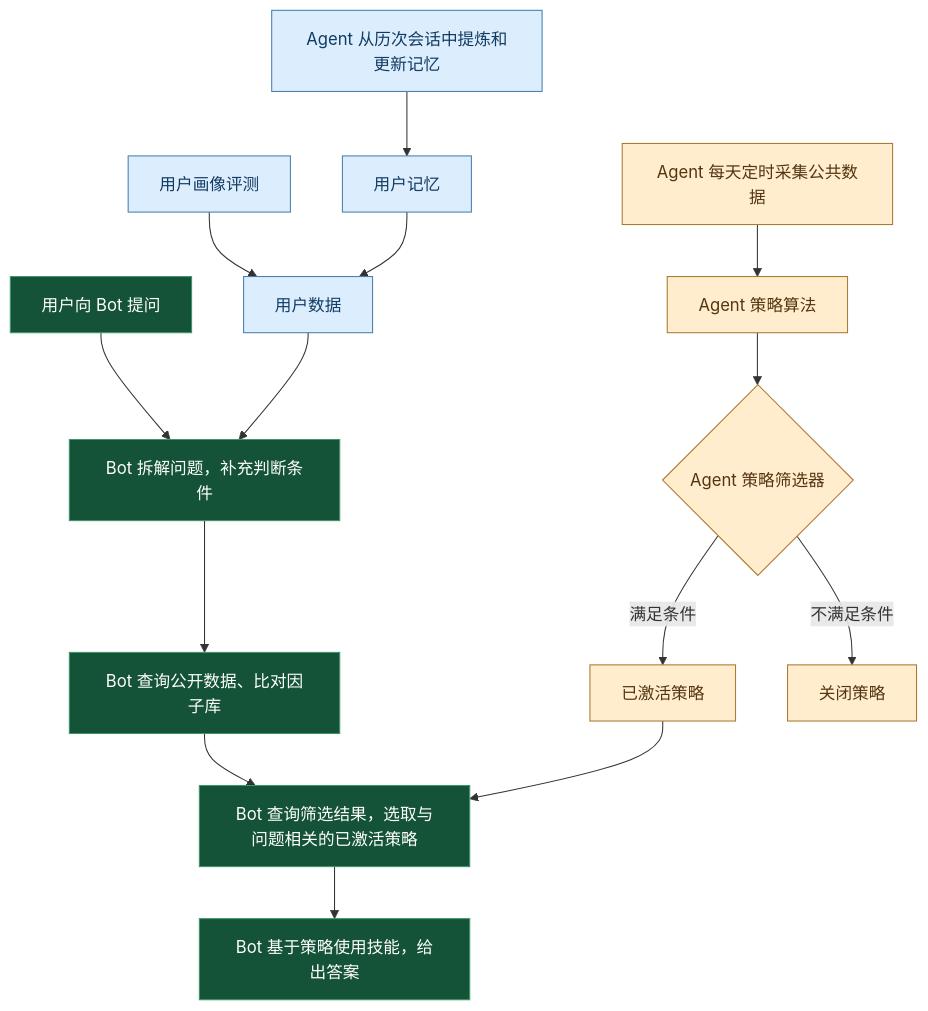
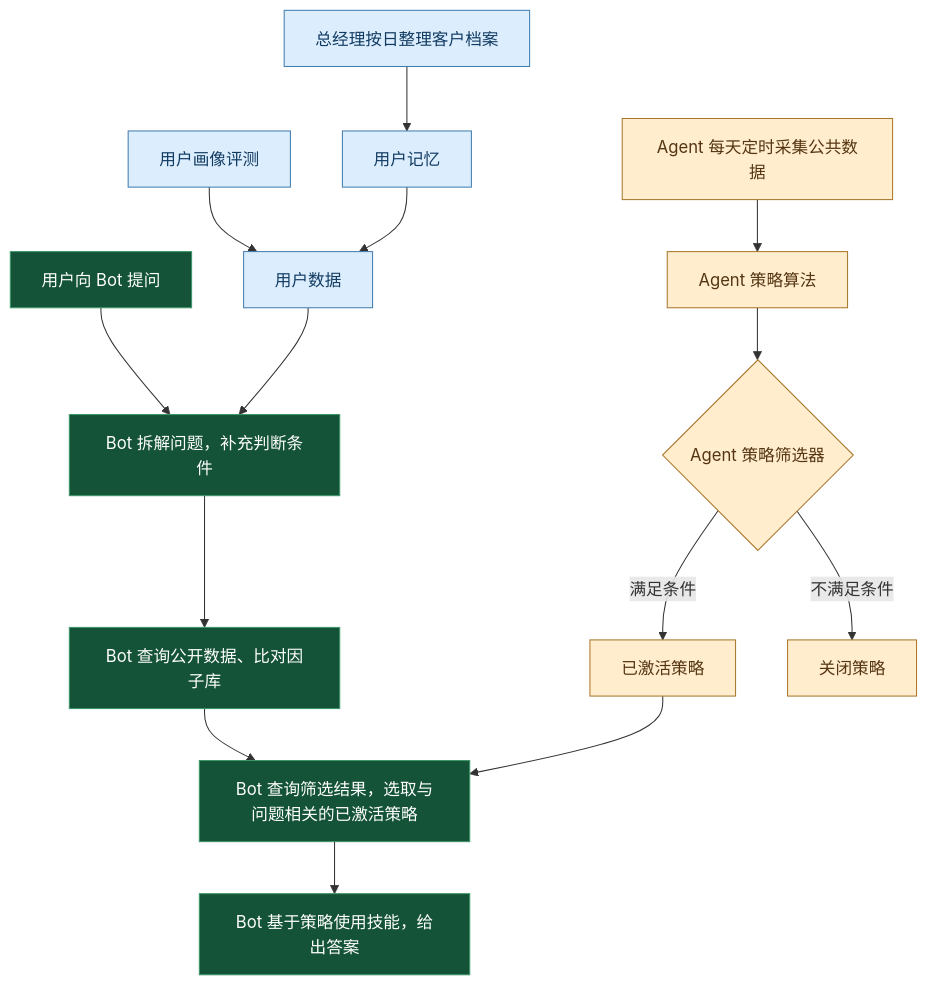
One commit to xionglaoshi/chives changed the second of 2 diagrams in README.md. Above: the diagram before and after it, drawn with Mermaid. The commit also changed other lines of this file, not shown here.

````diff
--- a/README.md
+++ b/README.md
@@ -50,20 +77,20 @@
 ```mermaid
 flowchart TB
     ask["用户向 Bot 提问"] --> clarify["Bot 拆解问题，补充判断条件"]
     survey["用户画像评测"] --> user["用户数据"]
-    learn["Agent 从历次会话中提炼和更新记忆"] --> memory["用户记忆"] --> user
+    learn["总经理按日整理客户档案"] --> memory["用户记忆"] --> user
     user --> clarify
     clarify --> lookup["Bot 查询公开数据、比对因子库"]
     lookup --> choose["Bot 查询筛选结果，选取与问题相关的已激活策略"]
     daily["Agent 每天定时采集公共数据"] --> algo["Agent 策略算法"] --> gate{"Agent 策略筛选器"}
     gate -->|满足条件| active["已激活策略"]
     gate -->|不满足条件| closed["关闭策略"]
     active --> choose
     choose --> reply["Bot 基于策略使用技能，给出答案"]
     classDef question fill:#145337,color:#ffffff,stroke:#3e966a
     classDef profile fill:#dceefe,color:#123b62,stroke:#437daf
     classDef strategy fill:#ffedce,color:#553511,stroke:#aa772c
     class ask,clarify,lookup,choose,reply question
     class survey,learn,memory,user profile
     class daily,algo,gate,active,closed strategy
 ```
````
